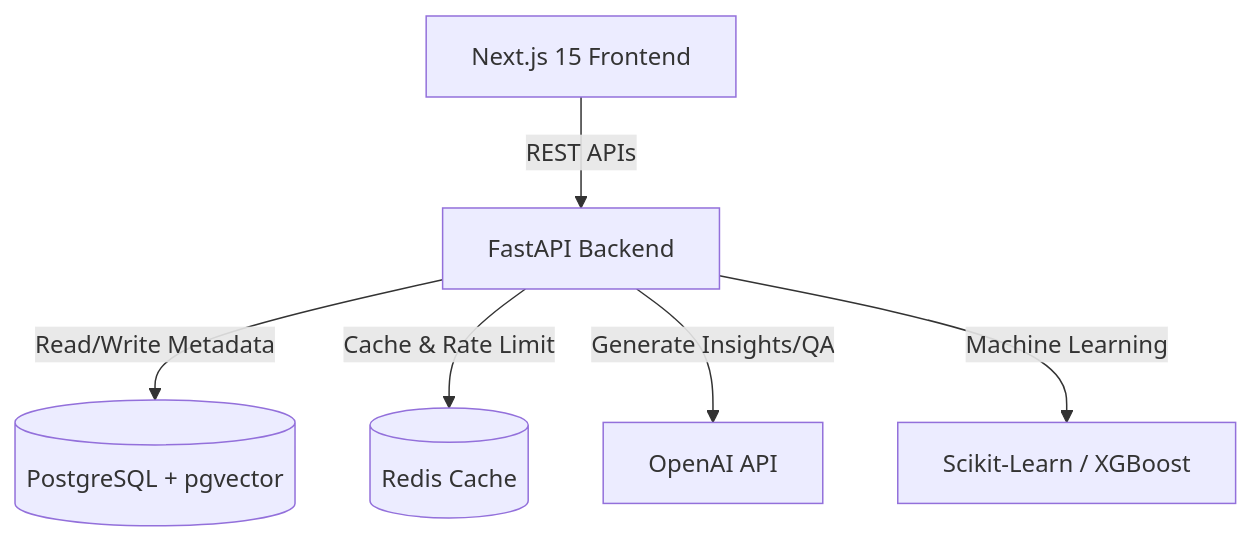
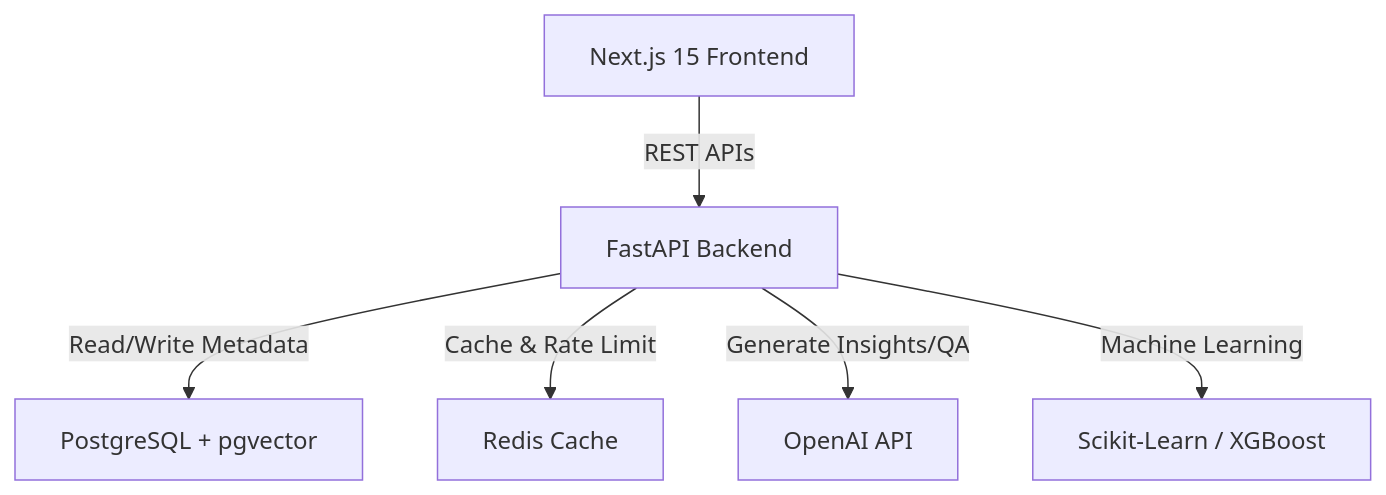
Before and after one commit to saroharizul-creator/ReadyNest-internship-week-2: the diagram in README.md, drawn with Mermaid.

Commit message:
Change Mermaid database shape to standard rectangular boxes

````diff
--- a/README.md
+++ b/README.md
@@ -9,8 +9,8 @@
 ```mermaid
 graph TD
     Client[Next.js 15 Frontend] -->|REST APIs| Server[FastAPI Backend]
-    Server -->|Read/Write Metadata| Postgres[("PostgreSQL + pgvector")]
-    Server -->|Cache & Rate Limit| Redis[("Redis Cache")]
+    Server -->|Read/Write Metadata| Postgres[PostgreSQL + pgvector]
+    Server -->|Cache & Rate Limit| Redis[Redis Cache]
     Server -->|Generate Insights/QA| OpenAI[OpenAI API]
     Server -->|Machine Learning| Scikit[Scikit-Learn / XGBoost]
 ```
````
